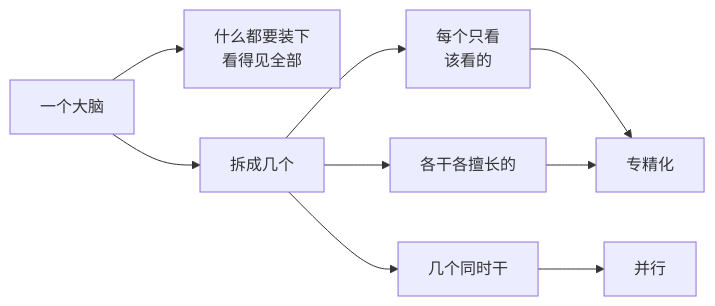
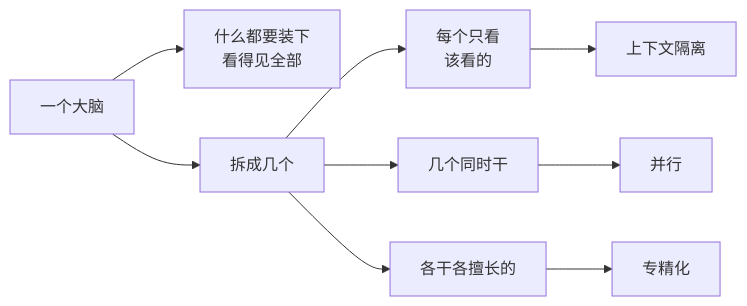
The second of 5 diagrams in part-3-agent原理/ch14-多agent协作.md (Laughingtt/agentkit), drawn with Mermaid before and after one commit. The commit also changed 5 other files, not shown here.

````diff
--- a/part-3-agent原理/ch14-多agent协作.md
+++ b/part-3-agent原理/ch14-多agent协作.md
@@ -143,11 +143,11 @@
 ```mermaid
 graph LR
     A[一个大脑] --> B[什么都要装下<br/>看得见全部]
     A --> C[拆成几个]
     C --> D[每个只看<br/>该看的]
     C --> E[几个同时干]
     C --> F[各干各擅长的]
-    D --> G[专精化]
+    D --> I[上下文隔离]
     E --> H[并行]
-    F --> G
+    F --> G[专精化]
 ```
````
